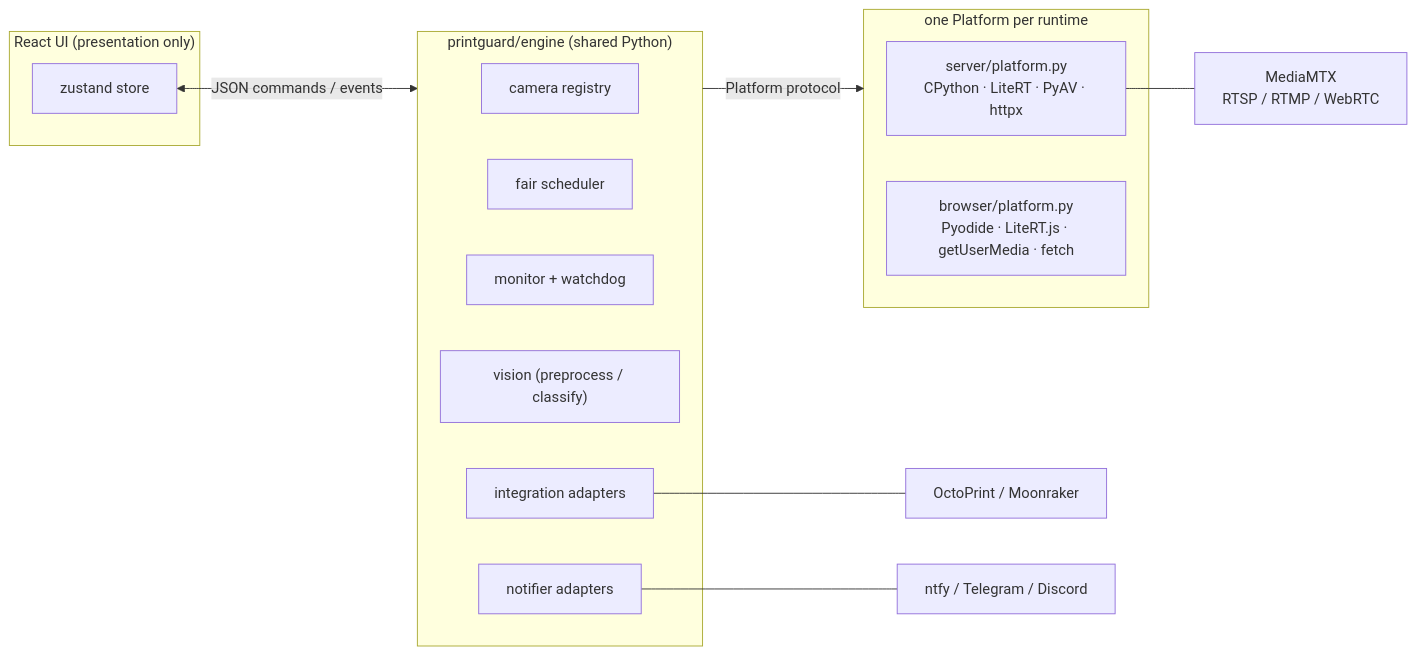
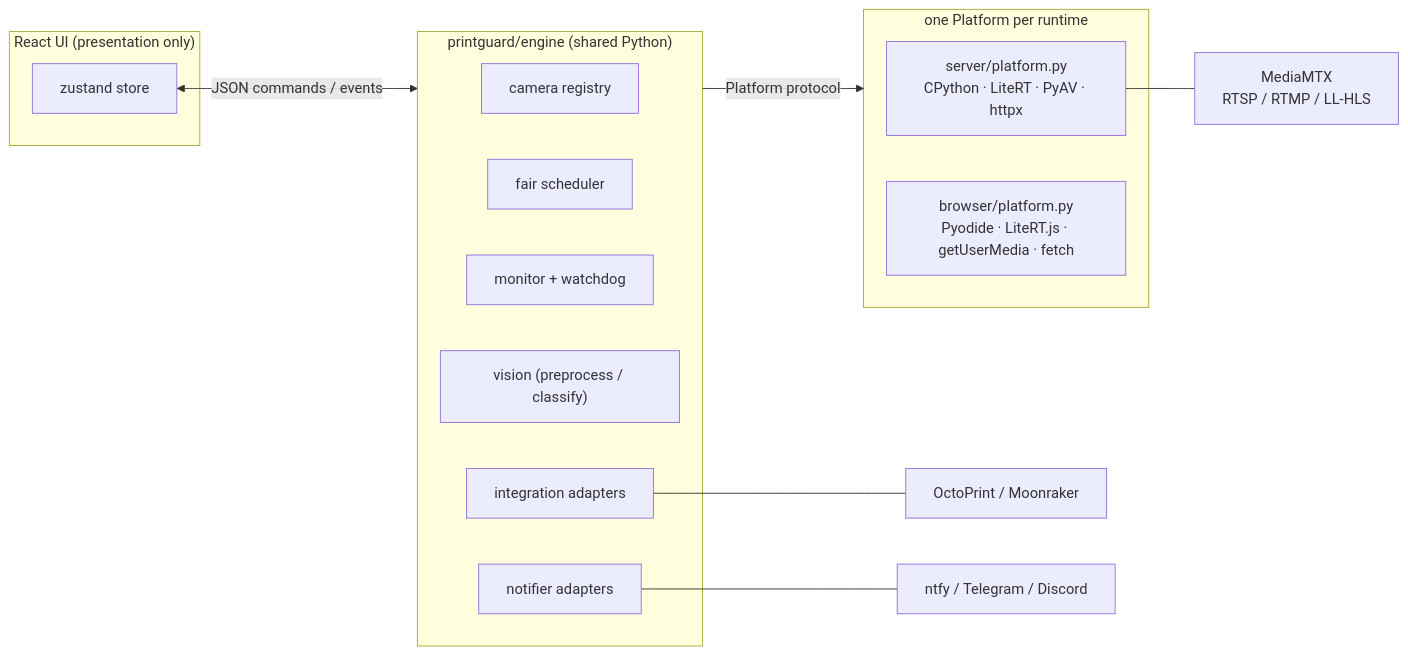
One commit to oliverbravery/PrintGuard changed the first of 2 diagrams in docs/architecture.md. Above: the diagram before and after it, drawn with Mermaid. The commit also changed 21 other files, not shown here.

First line of the commit message:
Replaced WebRTC with LL-HLS through the hub's own port

````diff
--- a/docs/architecture.md
+++ b/docs/architecture.md
@@ -8,28 +8,28 @@
 ```mermaid
 flowchart LR
     subgraph UI["React UI (presentation only)"]
         store["zustand store"]
     end
 
     store <-- "JSON commands / events" --> engine
 
     subgraph engine["printguard/engine (shared Python)"]
         registry["camera registry"]
         scheduler["fair scheduler"]
         monitor["monitor + watchdog"]
         vision["vision (preprocess / classify)"]
         integrations["integration adapters"]
         notifiers["notifier adapters"]
     end
 
     engine -- "Platform protocol" --> platform
 
     subgraph platform["one Platform per runtime"]
         server["server/platform.py<br/>CPython · LiteRT · PyAV · httpx"]
         browser["browser/platform.py<br/>Pyodide · LiteRT.js · getUserMedia · fetch"]
     end
 
-    server --- mediamtx["MediaMTX<br/>RTSP / RTMP / WebRTC"]
+    server --- mediamtx["MediaMTX<br/>RTSP / RTMP / LL-HLS"]
     integrations --- printersvc["OctoPrint / Moonraker"]
     notifiers --- push["ntfy / Telegram / Discord"]
 ```
````
